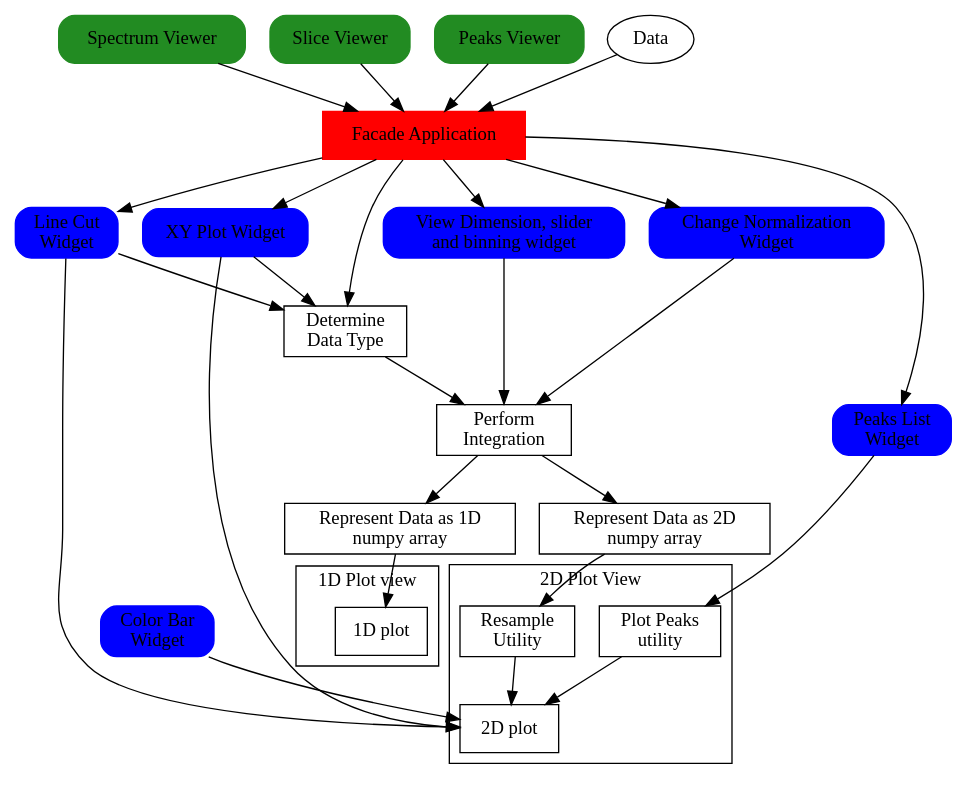
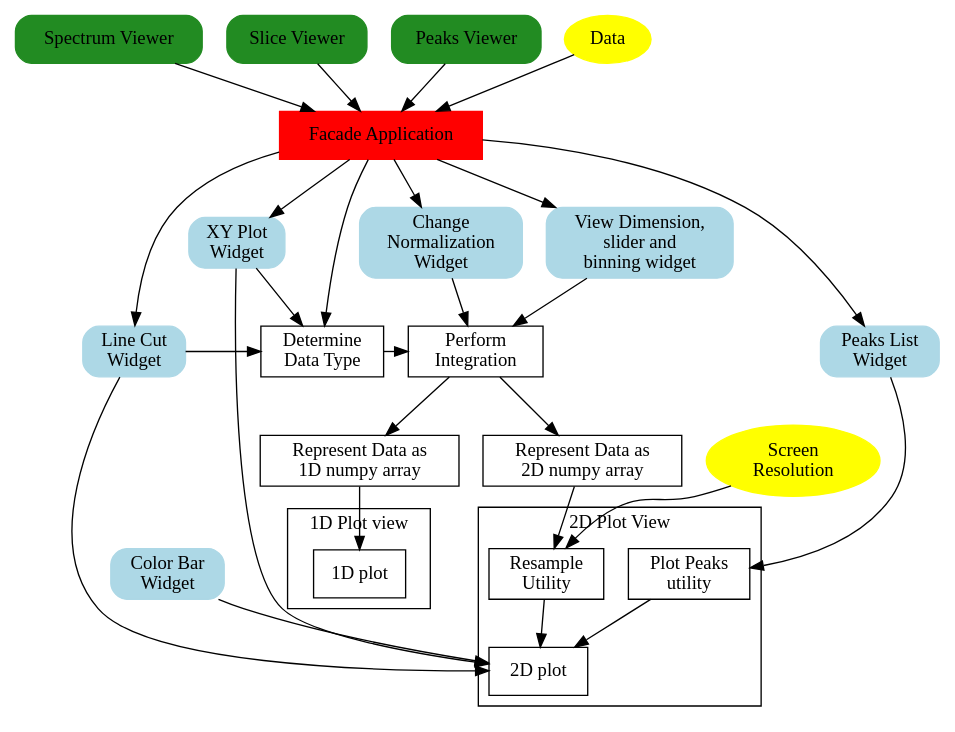
Before and after one commit to mantidproject/documents: the diagram in Design/Workbench/Sliceviewer/widget_design.dot, drawn with Graphviz.

Commit message:
Added scrren resolution and color for info

```diff
--- a/Design/Workbench/Sliceviewer/widget_design.dot
+++ b/Design/Workbench/Sliceviewer/widget_design.dot
@@ -1,61 +1,72 @@
 digraph DiagramName{
 subgraph Apps{
 node [shape="box"color="forestgreen",style="rounded,filled"]
 Spec_view [label="Spectrum Viewer"]
 Slice_view [label="Slice Viewer"]
 Peaks_view [label="Peaks Viewer"]
 }
 Subgraph Widgets{
-node [shape="box"color="blue",style="rounded,filled"]
+node [shape="box"color="lightblue",style="rounded,filled"]
 
 color_bar_wid [label="Color Bar\nWidget"]
-XY_cut_wid [label="XY Plot Widget"]
+XY_cut_wid [label="XY Plot\n Widget"]
 line_cut_wid [label="Line Cut\n Widget"]
 peaks_list_widget [label="Peaks List\n Widget"]
-dim_slide_widget [label="View Dimension, slider\n and binning widget"]
-change_norm_wid [label="Change Normalization\n Widget"]
+dim_slide_widget [label="View Dimension, \nslider and \nbinning widget"]
+change_norm_wid [label="Change\n Normalization\n Widget"]
 }
 Subgraph Main_Facade{
 node [shape="box" color="red" style="filled"]
 Facade_App [label = "Facade Application"]
 }
 
 Subgraph Util{
 node [shape="box"]
 resample_util [label="Resample\n Utility"]
-Data_conv [label="Represent Data as 2D\n numpy array"]
-Data_conv1 [label="Represent Data as 1D\n numpy array"]
+Data_conv [label="Represent Data as\n 2D numpy array"]
+Data_conv1 [label="Represent Data as\n 1D numpy array"]
 plot_peaks [label="Plot Peaks\n utility"]
 mpl_wid [label="2D plot "]
 OneD_Plot[label="1D plot"]
 data_type [label="Determine\nData Type"]
 integration [label="Perform\n Integration"]
 }
 subgraph level_group{
 rank=same
 integration
 peaks_list_widget
+line_cut_wid
+data_type
 }
+
 subgraph cluster_plot_2d{
 label="2D Plot View"
  resample_util
  plot_peaks
  mpl_wid
 }
 subgraph cluster_plot_1d{
 label="1D Plot view"
   OneD_Plot
 }
 
+subgraph info{
+node [color="yellow"style="filled"]
+Data [label="Data"]
+Screen_res [label="Screen\nResolution"]
+}
+
+
 {Spec_view,Slice_view,Peaks_view,Data} ->Facade_App ->{data_type,XY_cut_wid,
   line_cut_wid,peaks_list_widget,dim_slide_widget,change_norm_wid}
   integration->{Data_conv,Data_conv1}
   change_norm_wid->integration
 peaks_list_widget -> plot_peaks->mpl_wid
 Data_conv->resample_util
 dim_slide_widget ->integration
+Screen_res->resample_util
 {XY_cut_wid,resample_util,line_cut_wid}->mpl_wid
 color_bar_wid ->mpl_wid
 {line_cut_wid,XY_cut_wid}->data_type->integration
 Data_conv1->OneD_Plot
 }
```
